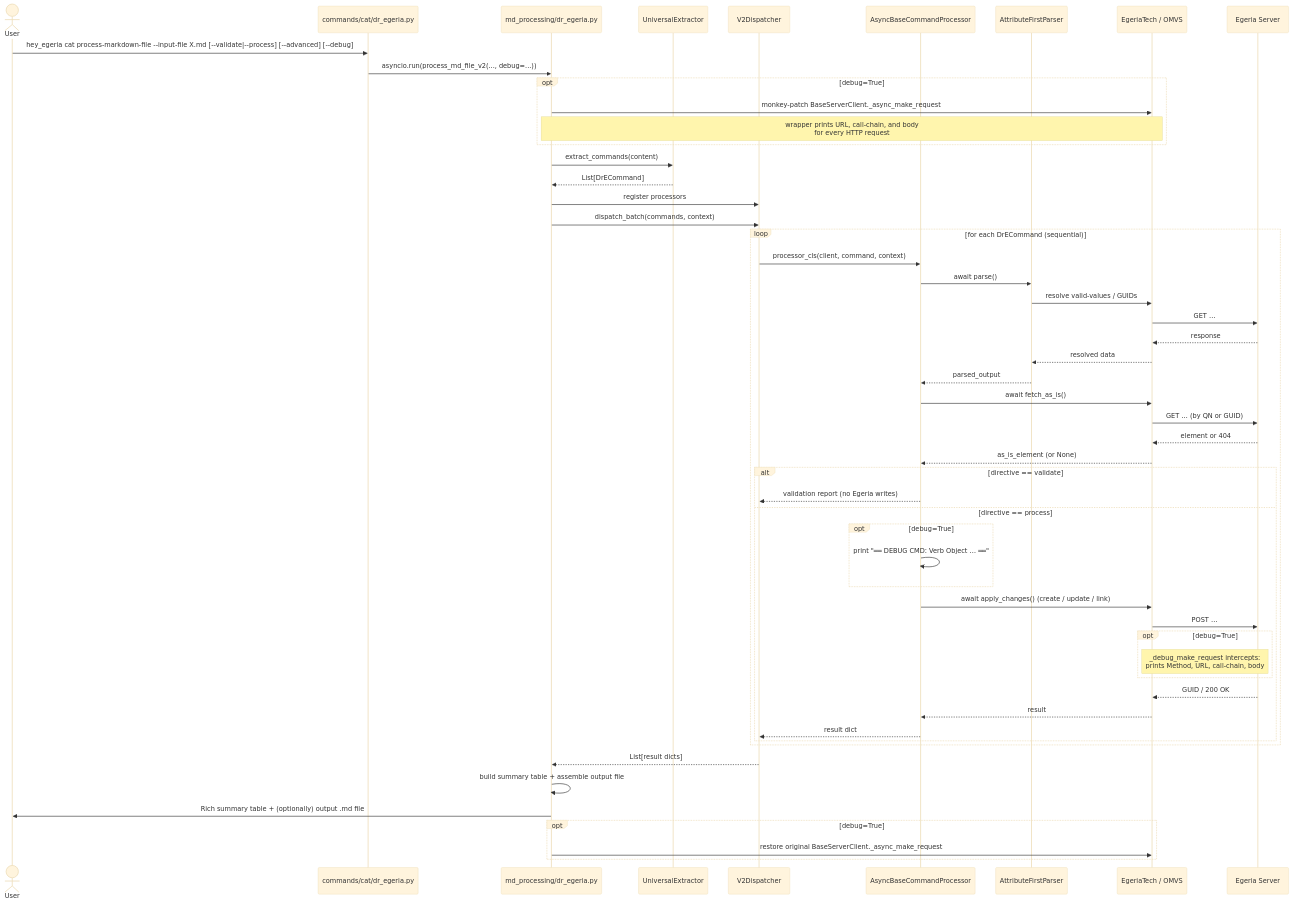
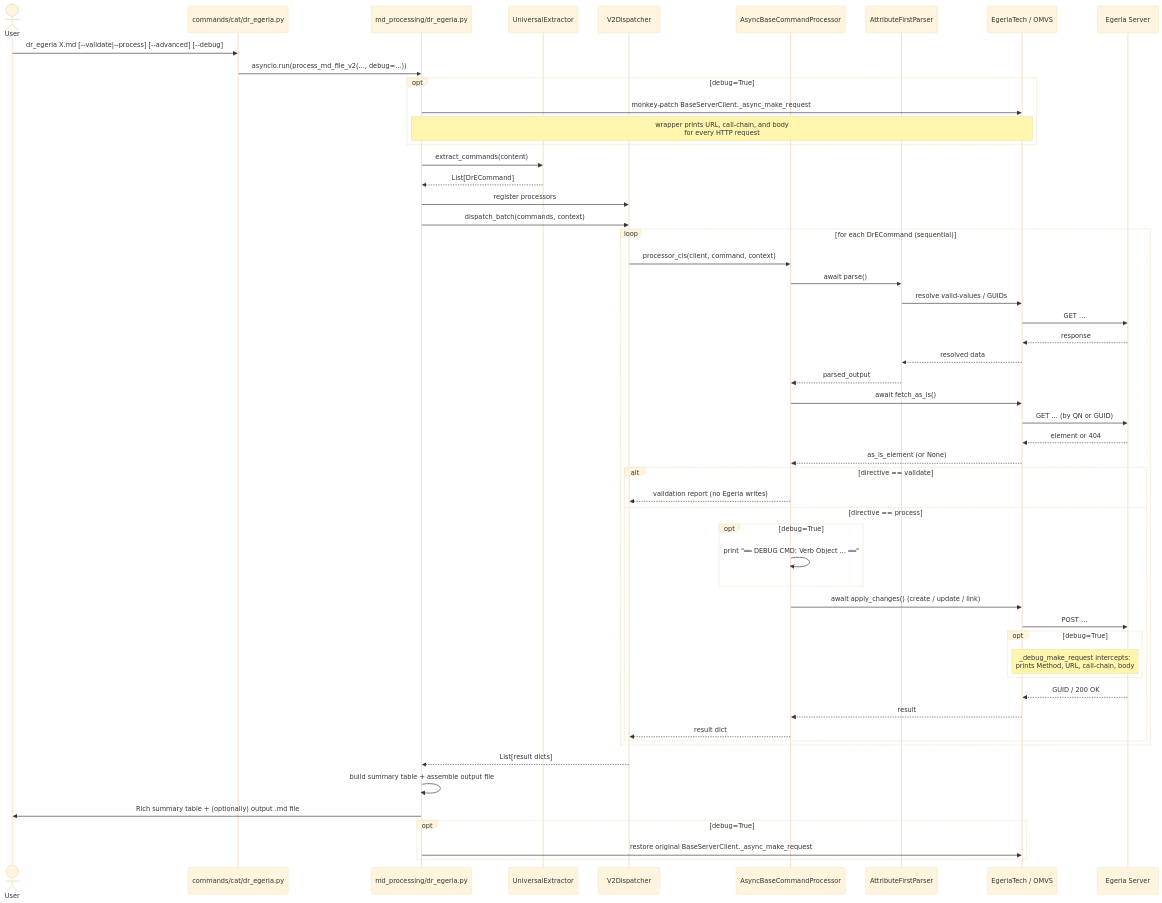
One commit to odpi/egeria-python changed the second of 4 diagrams in docs/design/dr-egeria-module-structure.md. Above: the diagram before and after it, drawn with Mermaid (base theme). The commit also changed other lines of this file and 319 other files, not shown here.

````diff
--- a/docs/design/dr-egeria-module-structure.md
+++ b/docs/design/dr-egeria-module-structure.md
@@ -70,65 +70,65 @@
 ```mermaid
 sequenceDiagram
     actor User
     participant CLI  as commands/cat/dr_egeria.py
     participant ORCH as md_processing/dr_egeria.py
     participant EXT  as UniversalExtractor
     participant DISP as V2Dispatcher
     participant PROC as AsyncBaseCommandProcessor
     participant PRSR as AttributeFirstParser
     participant SDK  as EgeriaTech / OMVS
     participant EGERIA as Egeria Server
 
-    User->>CLI: hey_egeria cat process-markdown-file --input-file X.md [--validate|--process] [--advanced] [--debug]
+    User->>CLI: dr_egeria X.md [--validate|--process] [--advanced] [--debug]
     CLI->>ORCH: asyncio.run(process_md_file_v2(..., debug=...))
 
     opt debug=True
         ORCH->>SDK: monkey-patch BaseServerClient._async_make_request
         Note over ORCH,SDK: wrapper prints URL, call-chain, and body<br/>for every HTTP request
     end
 
     ORCH->>EXT: extract_commands(content)
     EXT-->>ORCH: List[DrECommand]
 
     ORCH->>DISP: register processors
     ORCH->>DISP: dispatch_batch(commands, context)
 
     loop for each DrECommand (sequential)
         DISP->>PROC: processor_cls(client, command, context)
         PROC->>PRSR: await parse()
         PRSR->>SDK: resolve valid-values / GUIDs
         SDK->>EGERIA: GET …
         EGERIA-->>SDK: response
         SDK-->>PRSR: resolved data
         PRSR-->>PROC: parsed_output
 
         PROC->>SDK: await fetch_as_is()
         SDK->>EGERIA: GET … (by QN or GUID)
         EGERIA-->>SDK: element or 404
         SDK-->>PROC: as_is_element (or None)
 
         alt directive == validate
             PROC-->>DISP: validation report (no Egeria writes)
         else directive == process
             opt debug=True
                 PROC->>PROC: print "══ DEBUG CMD: Verb Object … ══"
             end
             PROC->>SDK: await apply_changes()  (create / update / link)
             SDK->>EGERIA: POST …
             opt debug=True
                 Note over SDK,EGERIA: _debug_make_request intercepts:<br/>prints Method, URL, call-chain, body
             end
             EGERIA-->>SDK: GUID / 200 OK
             SDK-->>PROC: result
             PROC-->>DISP: result dict
         end
     end
 
     DISP-->>ORCH: List[result dicts]
     ORCH->>ORCH: build summary table + assemble output file
     ORCH->>User: Rich summary table + (optionally) output .md file
 
     opt debug=True
         ORCH->>SDK: restore original BaseServerClient._async_make_request
     end
 ```
````
